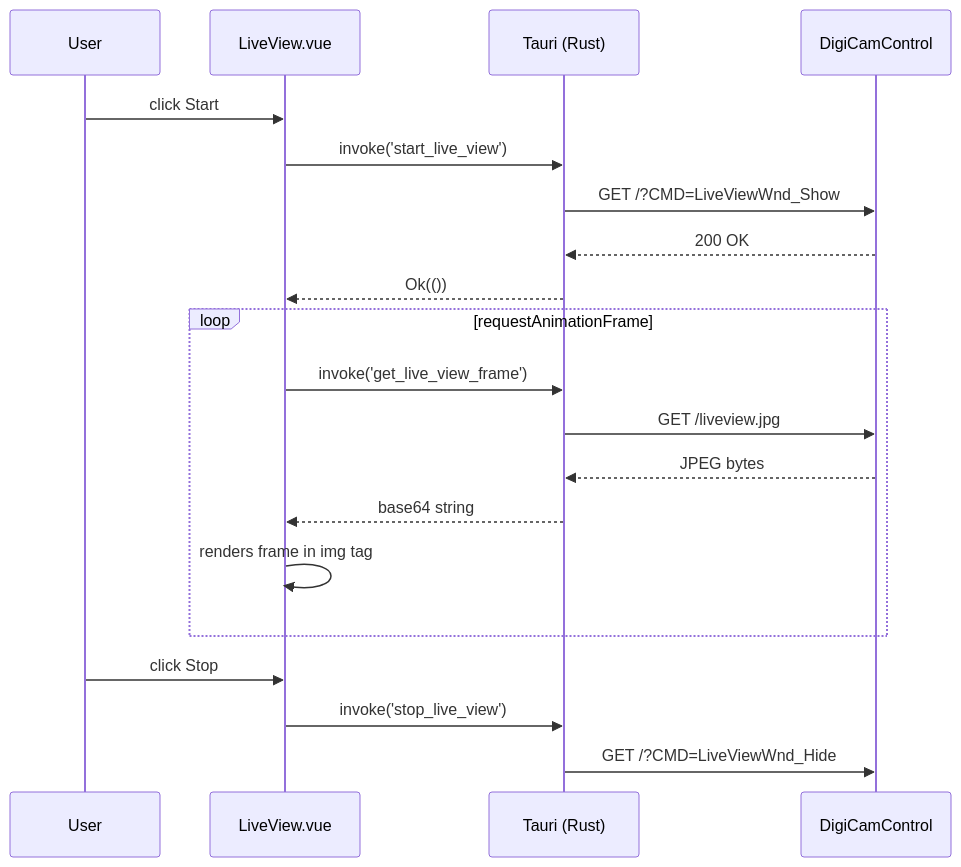
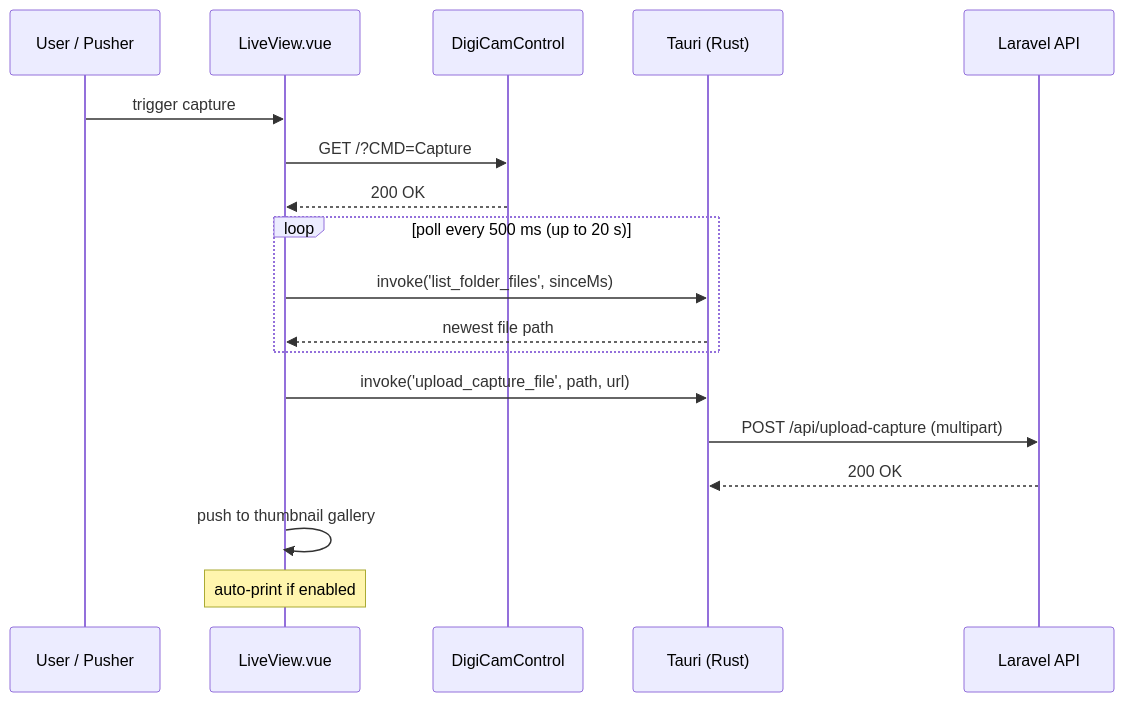
The third of 5 diagrams in README.md (whei2419/Camera-Controls), drawn with Mermaid before and after one commit. The commit also changed other lines of this file, not shown here.

Commit message:
feat: enhance README with detailed features, installation steps, and remote control via Pusher

````diff
--- a/README.md
+++ b/README.md
@@ -90,25 +117,23 @@
 ```mermaid
 sequenceDiagram
-    participant U as User
+    participant U as User / Pusher
     participant LV as LiveView.vue
+    participant DC as DigiCamControl
     participant T as Tauri (Rust)
-    participant D as DigiCamControl
+    participant S as Laravel API
 
-    U->>LV: click Start
-    LV->>T: invoke('start_live_view')
-    T->>D: GET /?CMD=LiveViewWnd_Show
-    D-->>T: 200 OK
-    T-->>LV: Ok(())
+    U->>LV: trigger capture
+    LV->>DC: GET /?CMD=Capture
+    DC-->>LV: 200 OK
 
-    loop requestAnimationFrame
-        LV->>T: invoke('get_live_view_frame')
-        T->>D: GET /liveview.jpg
-        D-->>T: JPEG bytes
-        T-->>LV: base64 string
-        LV->>LV: renders frame in img tag
+    loop poll every 500 ms (up to 20 s)
+        LV->>T: invoke('list_folder_files', sinceMs)
+        T-->>LV: newest file path
     end
 
-    U->>LV: click Stop
-    LV->>T: invoke('stop_live_view')
-    T->>D: GET /?CMD=LiveViewWnd_Hide
+    LV->>T: invoke('upload_capture_file', path, url)
+    T->>S: POST /api/upload-capture (multipart)
+    S-->>T: 200 OK
+    LV->>LV: push to thumbnail gallery
+    Note over LV: auto-print if enabled
 ```
````
